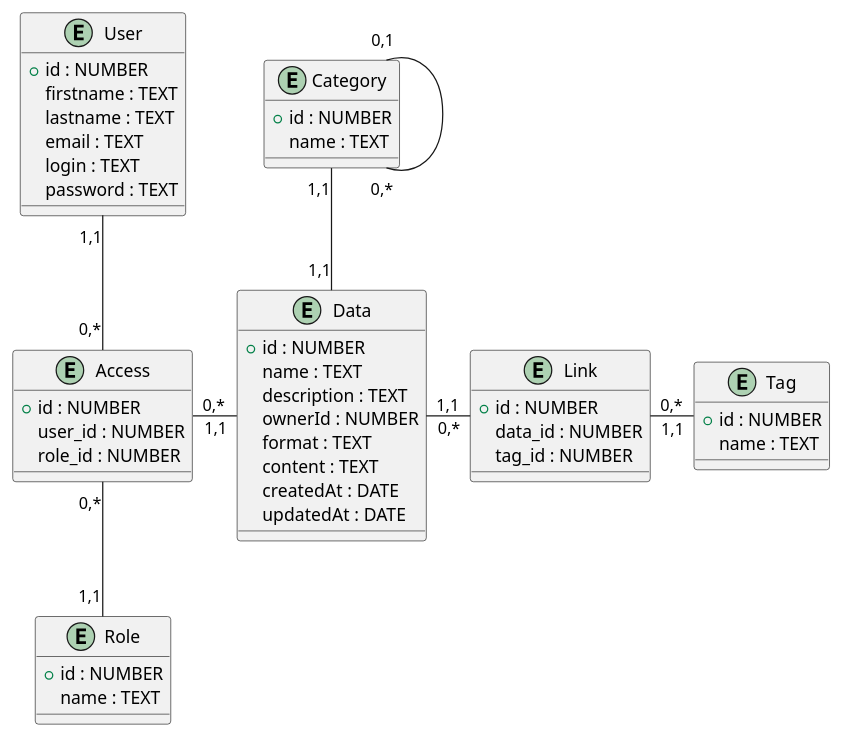
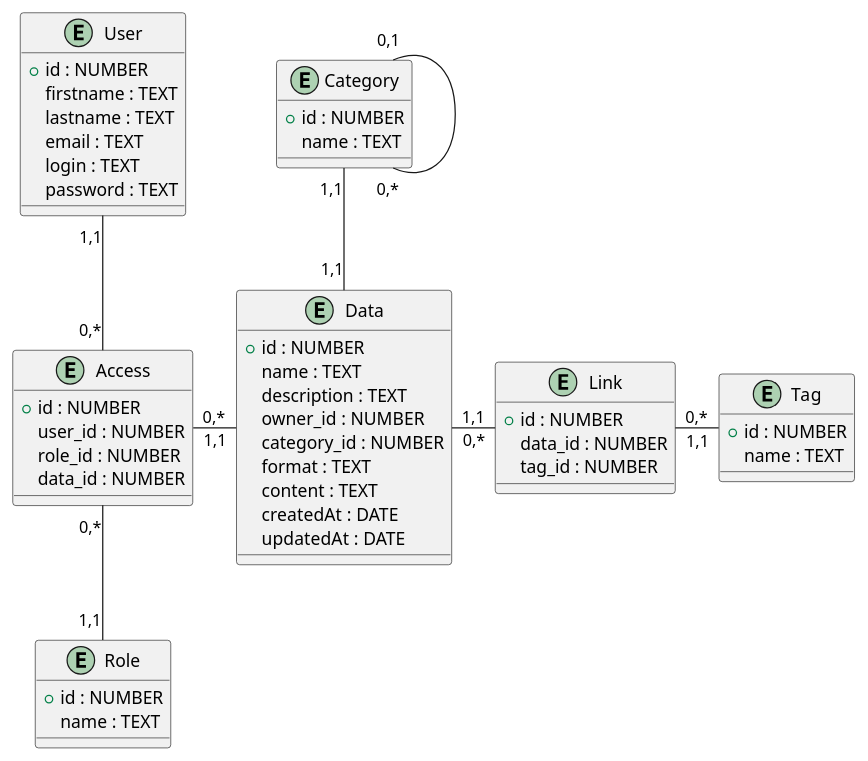
The second of 2 diagrams in docs/design.md (vegetable5/db-lab6), drawn with PlantUML before and after one commit. The commit also changed other lines of this file, not shown here.

Commit message:
fix ER and Business Objects Model

````diff
--- a/docs/design.md
+++ b/docs/design.md
@@ -102,61 +105,63 @@
 ```plantuml
 
 @startuml
 
 entity User {
     +id : NUMBER 
     firstname : TEXT
     lastname : TEXT
     email : TEXT
     login : TEXT
     password : TEXT
 }
 
 entity Role {
     +id : NUMBER 
     name : TEXT
 }
 
 entity Access {
     +id : NUMBER 
     user_id : NUMBER 
     role_id : NUMBER 
+    data_id : NUMBER 
 }
 
 entity Data {
     +id : NUMBER 
     name : TEXT
     description : TEXT
-    ownerId : NUMBER 
+    owner_id : NUMBER 
+    category_id : NUMBER 
     format : TEXT
     content : TEXT
     createdAt : DATE
     updatedAt : DATE
 }
 
 entity Tag {
     +id : NUMBER 
     name : TEXT
 }
 
 entity Category {
     +id : NUMBER 
     name : TEXT
 }
 
 entity Link {
     +id : NUMBER 
     data_id : NUMBER 
     tag_id : NUMBER 
 }
 
 User "1,1"-d-"0,*" Access 
 Role "1,1"-u-"0,*" Access  
 Access "0,*"-r-"1,1" Data 
 Data "1,1"-r-"0,*" Link 
 Link "0,*"-r-"1,1" Tag 
 Data "1,1"-u-"1,1" Category 
 Category "0,*"-u-"0,1" Category 
 
 @enduml
 ```
````
